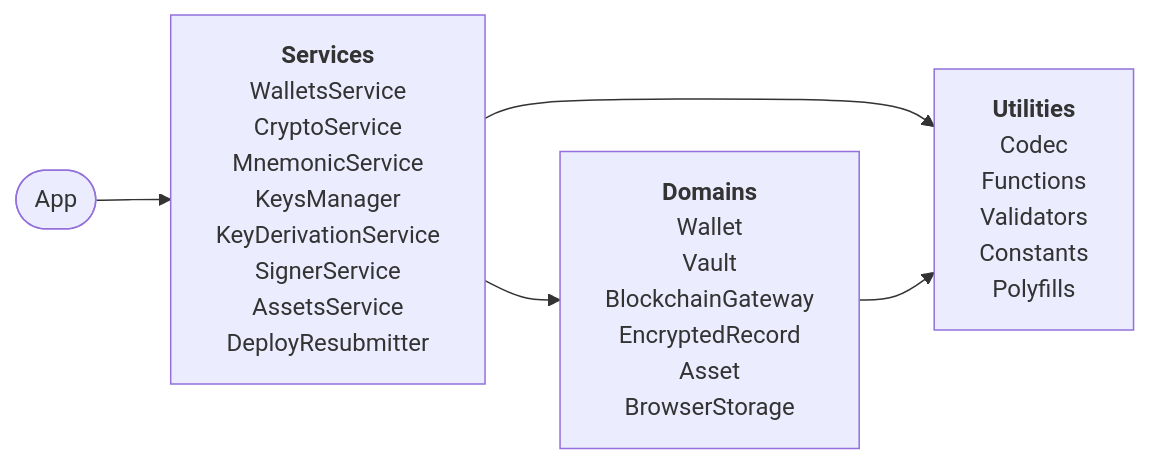
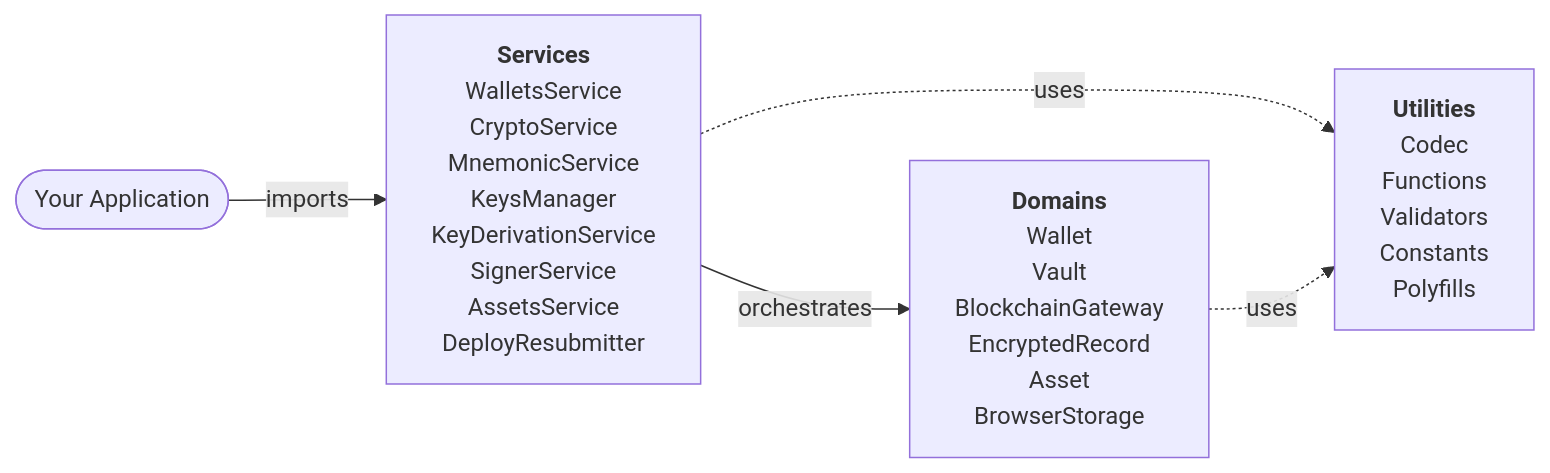
Before and after one commit to asi-alliance/asi-chain-docs-portal: the fourth of 6 diagrams in wallet-sdk/overview/index.md, drawn with Mermaid. The commit also changed other lines of this file, not shown here.

Commit message:
[AS-571] Add 6 mermaid diagram variations for review

````diff
--- a/wallet-sdk/overview/index.md
+++ b/wallet-sdk/overview/index.md
@@ -127,7 +130,7 @@
 ```mermaid
 graph LR
-    A(["App"]) --> S["<b>Services</b><br/>WalletsService<br/>CryptoService<br/>MnemonicService<br/>KeysManager<br/>KeyDerivationService<br/>SignerService<br/>AssetsService<br/>DeployResubmitter"]
-    S --> D["<b>Domains</b><br/>Wallet<br/>Vault<br/>BlockchainGateway<br/>EncryptedRecord<br/>Asset<br/>BrowserStorage"]
-    S --> U["<b>Utilities</b><br/>Codec<br/>Functions<br/>Validators<br/>Constants<br/>Polyfills"]
-    D --> U
+    A(["Your Application"]) -->|"imports"| S["<b>Services</b><br/>WalletsService<br/>CryptoService<br/>MnemonicService<br/>KeysManager<br/>KeyDerivationService<br/>SignerService<br/>AssetsService<br/>DeployResubmitter"]
+    S -->|"orchestrates"| D["<b>Domains</b><br/>Wallet<br/>Vault<br/>BlockchainGateway<br/>EncryptedRecord<br/>Asset<br/>BrowserStorage"]
+    S -.->|"uses"| U["<b>Utilities</b><br/>Codec<br/>Functions<br/>Validators<br/>Constants<br/>Polyfills"]
+    D -.->|"uses"| U
 ```
````
